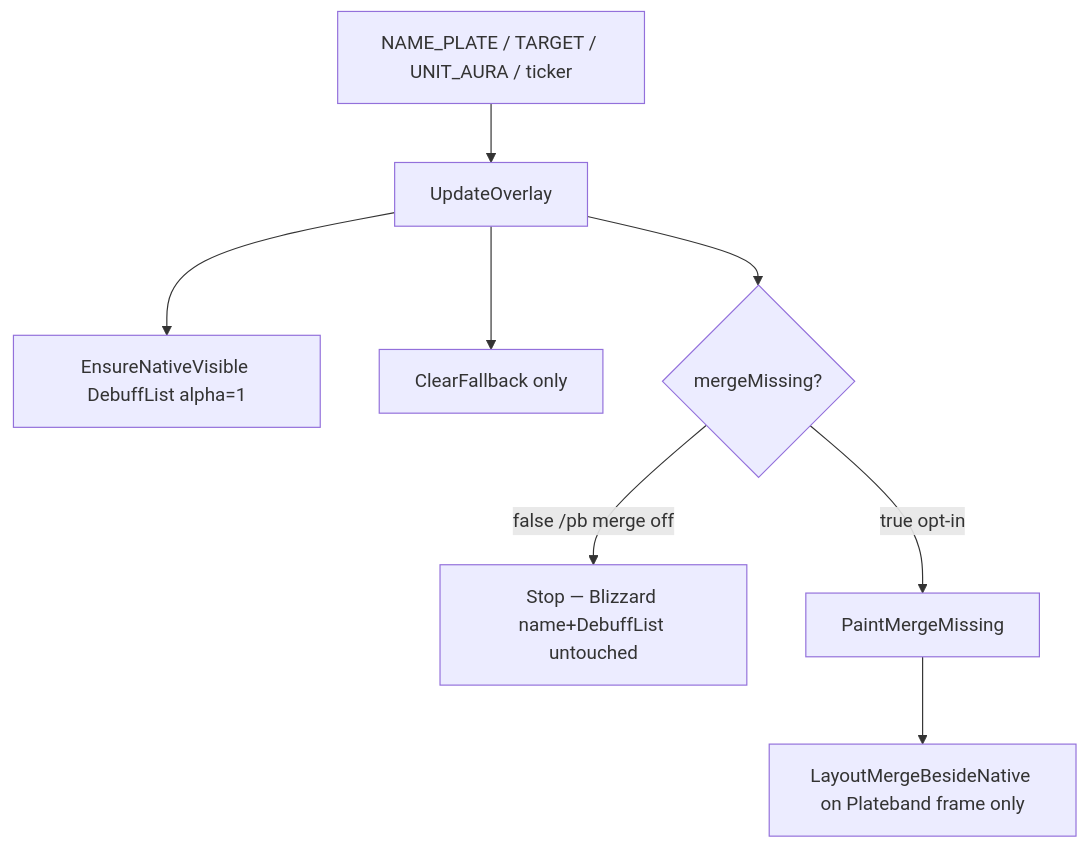
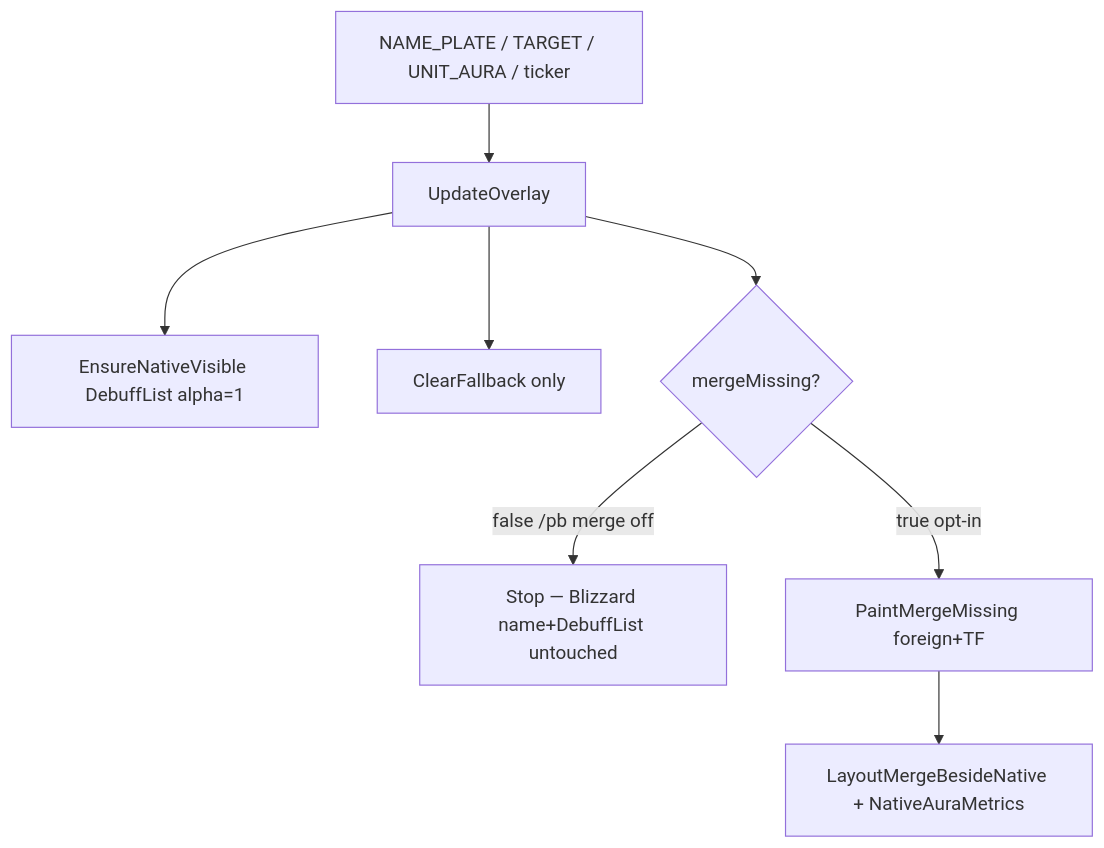
One commit to sirTurbisCZ/wow-forever-addons changed the diagram in addons/Plateband/Docs/loops.md. Above: the diagram before and after it, drawn with Mermaid. The commit also changed other lines of this file and 5 other files, not shown here.

First line of the commit message:
Plateband 0.2.4 P0: 0.1.15 foreign+TF contract, 0.2 layout

````diff
--- a/addons/Plateband/Docs/loops.md
+++ b/addons/Plateband/Docs/loops.md
@@ -9,10 +9,10 @@
 ```mermaid
 flowchart TD
   ev[NAME_PLATE / TARGET / UNIT_AURA / ticker] --> upd[UpdateOverlay]
   upd --> native[EnsureNativeVisible DebuffList alpha=1]
   upd --> clear[ClearFallback only]
   upd --> mergeFlag{mergeMissing?}
   mergeFlag -->|false /pb merge off| stop[Stop — Blizzard name+DebuffList untouched]
-  mergeFlag -->|true opt-in| paint[PaintMergeMissing]
-  paint --> layout[LayoutMergeBesideNative on Plateband frame only]
+  mergeFlag -->|true opt-in| paint[PaintMergeMissing foreign+TF]
+  paint --> layout[LayoutMergeBesideNative + NativeAuraMetrics]
 ```
````
